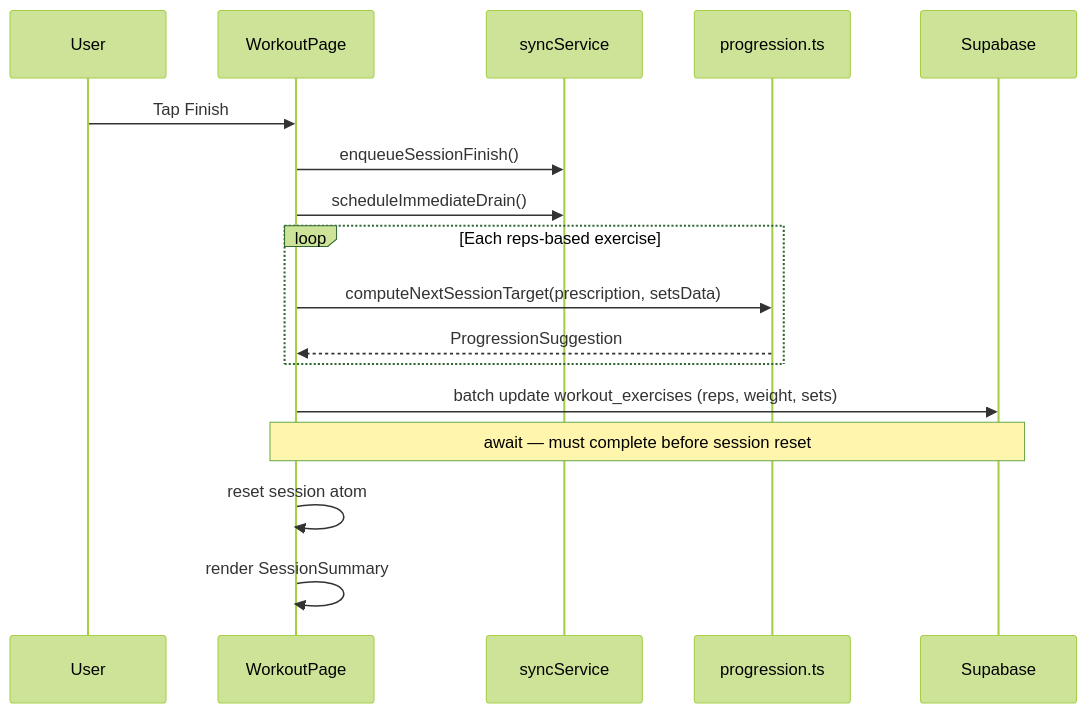
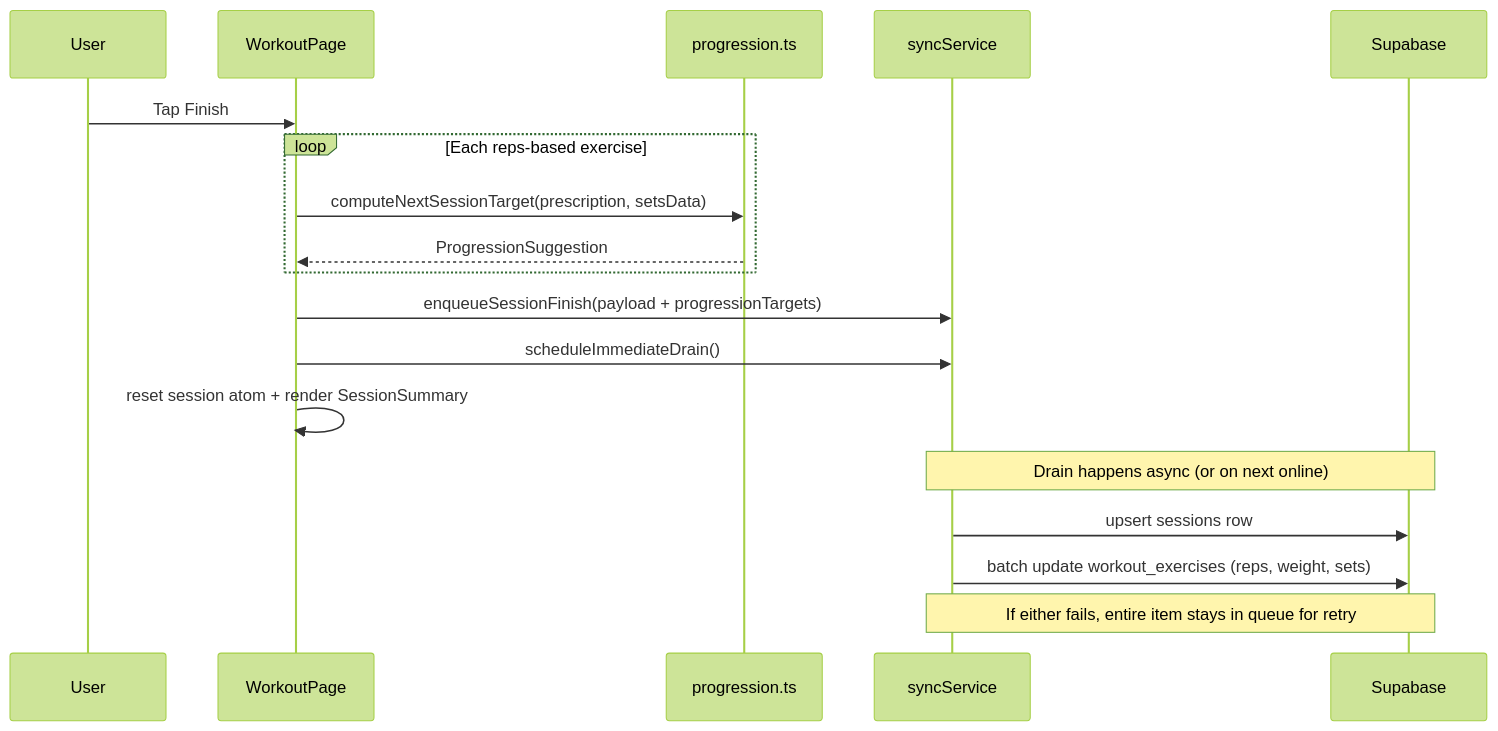
Before and after one commit to PierreTsia/workout-app: the third of 3 diagrams in docs/Tech_Plan_—_Triple_Progression_Logic.md, drawn with Mermaid (forest theme). The commit also changed other lines of this file, not shown here.

First line of the commit message:
docs: update Tech Plan for Triple Progression Logic

````diff
--- a/docs/Tech_Plan_—_Triple_Progression_Logic.md
+++ b/docs/Tech_Plan_—_Triple_Progression_Logic.md
@@ -312,20 +314,21 @@
 ```mermaid
 sequenceDiagram
     participant User
     participant WP as WorkoutPage
+    participant Engine as progression.ts
     participant Sync as syncService
-    participant Engine as progression.ts
     participant DB as Supabase
 
     User->>WP: Tap Finish
-    WP->>Sync: enqueueSessionFinish()
-    WP->>Sync: scheduleImmediateDrain()
     loop Each reps-based exercise
         WP->>Engine: computeNextSessionTarget(prescription, setsData)
         Engine-->>WP: ProgressionSuggestion
     end
-    WP->>DB: batch update workout_exercises (reps, weight, sets)
-    Note over WP,DB: await — must complete before session reset
-    WP->>WP: reset session atom
-    WP->>WP: render SessionSummary
+    WP->>Sync: enqueueSessionFinish(payload + progressionTargets)
+    WP->>Sync: scheduleImmediateDrain()
+    WP->>WP: reset session atom + render SessionSummary
+    Note over Sync,DB: Drain happens async (or on next online)
+    Sync->>DB: upsert sessions row
+    Sync->>DB: batch update workout_exercises (reps, weight, sets)
+    Note over Sync,DB: If either fails, entire item stays in queue for retry
 ```
````
